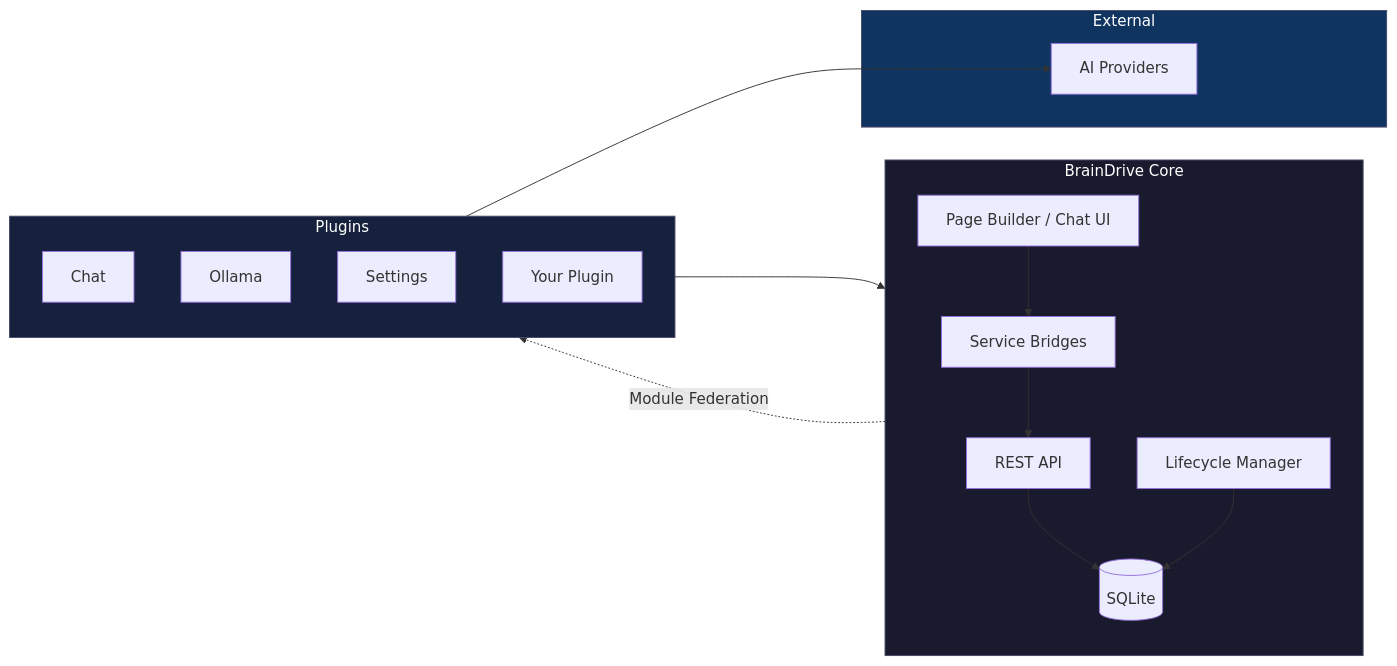
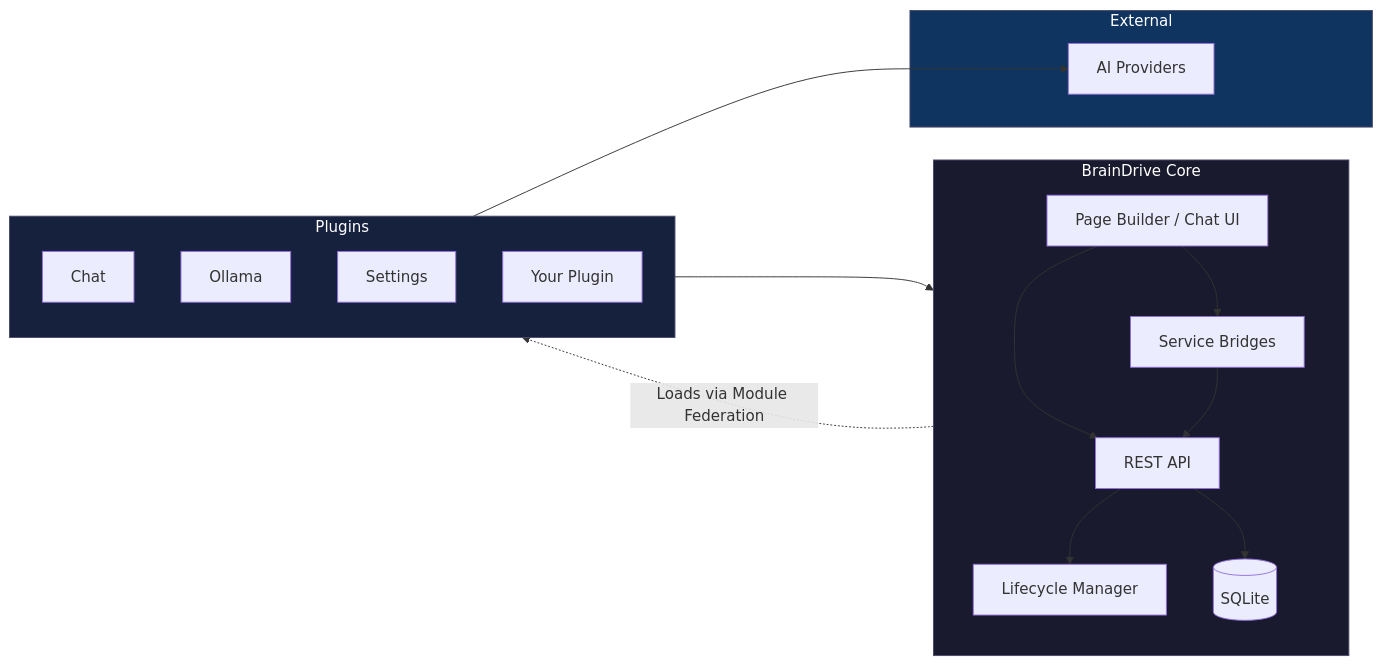
The diagram in README.md (BrainDriveAI/BrainDrive-Core), drawn with Mermaid before and after one commit.

Commit message:
Improve architecture diagram accuracy
- Add UI --> API connection (plugins call API directly)
- Change LM trigger: API --> LM instead of LM --> DB
- Clarify that UI loads plugins via Module Federation
- Service Bridges are used by plugins after loading

🤖 Generated with [Claude Code](https://claude.com/claude-code)

````diff
--- a/README.md
+++ b/README.md
@@ -81,35 +81,37 @@
 ```mermaid
 flowchart LR
     subgraph Core ["BrainDrive Core"]
         direction TB
         UI[Page Builder / Chat UI]
         SB[Service Bridges]
         API[REST API]
         LM[Lifecycle Manager]
         DB[(SQLite)]
+
         UI --> SB
+        UI --> API
         SB --> API
+        API --> LM
         API --> DB
-        LM --> DB
     end
 
     subgraph Plugins ["Plugins"]
         direction TB
         P1[Chat]
         P2[Ollama]
         P3[Settings]
         P4[Your Plugin]
     end
 
     subgraph Ext ["External"]
         AI[AI Providers]
     end
 
-    SB -.->|Module Federation| Plugins
+    UI -.->|Loads via Module Federation| Plugins
     P1 --> API
     P2 --> AI
 
     style Core fill:#1a1a2e,stroke:#4a4a6a,color:#fff
     style Plugins fill:#16213e,stroke:#4a4a6a,color:#fff
     style Ext fill:#0f3460,stroke:#4a4a6a,color:#fff
 ```
````
